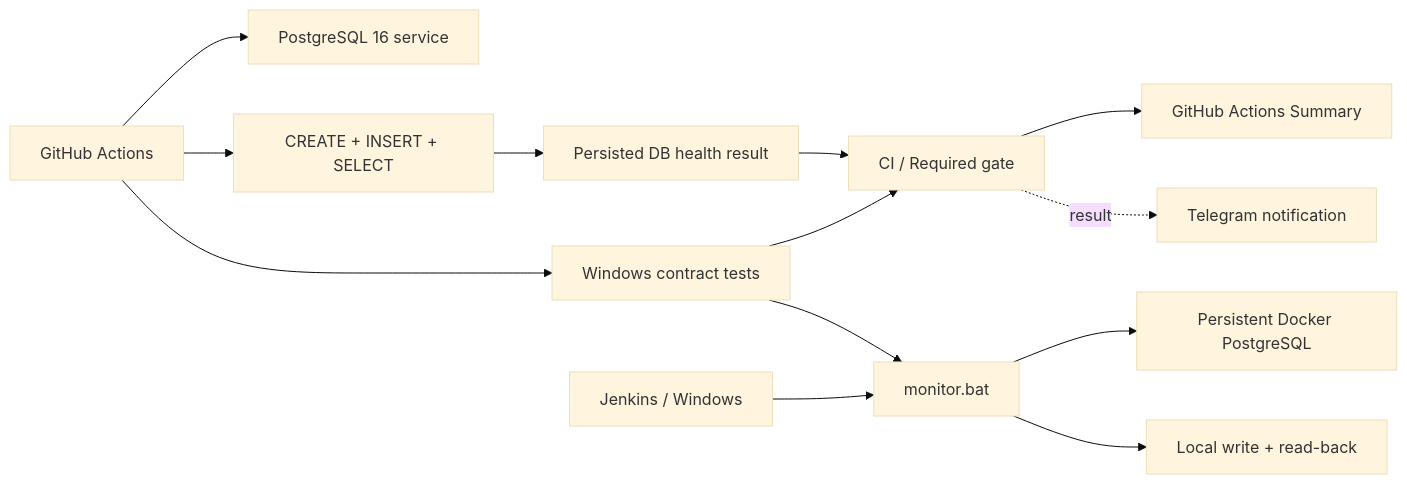
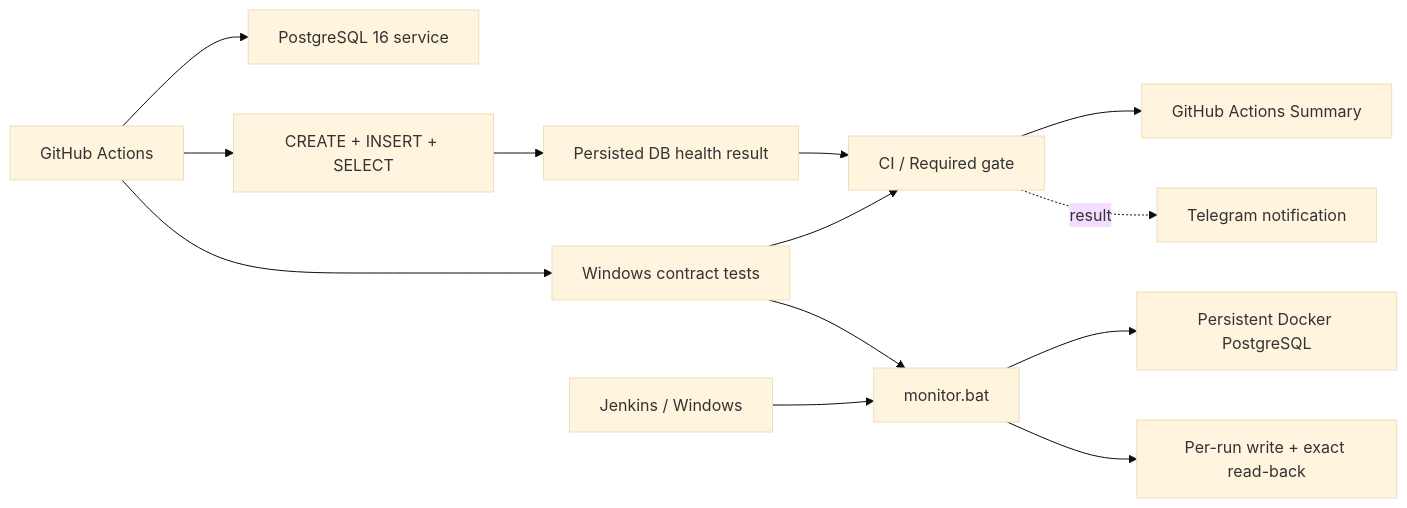
The diagram in README.md (TokhirjonYuldoshev/qa-docker-monitor), drawn with Mermaid (base theme) before and after one commit. The commit also changed other lines of this file, not shown here.

````diff
--- a/README.md
+++ b/README.md
@@ -26,17 +27,17 @@
 ```mermaid
 flowchart LR
     GH[GitHub Actions] --> PG1[PostgreSQL 16 service]
     GH --> SQL1[CREATE + INSERT + SELECT]
     SQL1 --> R[Persisted DB health result]
 
     GH --> WT[Windows contract tests]
     WT --> BAT[monitor.bat]
     J[Jenkins / Windows] --> BAT
     BAT --> PG2[Persistent Docker PostgreSQL]
-    BAT --> LR[Local write + read-back]
+    BAT --> LR[Per-run write + exact read-back]
 
     R --> G[CI / Required gate]
     WT --> G
     G --> S[GitHub Actions Summary]
     G -. result .-> TG[Telegram notification]
 ```
````
